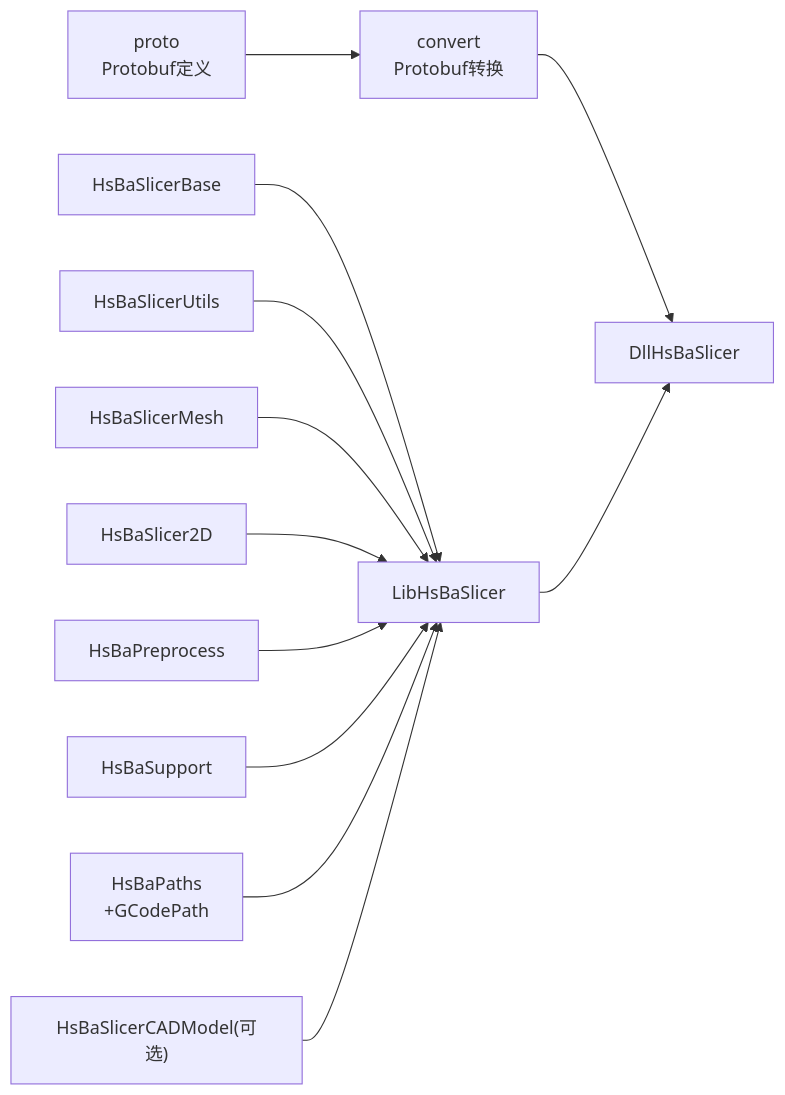
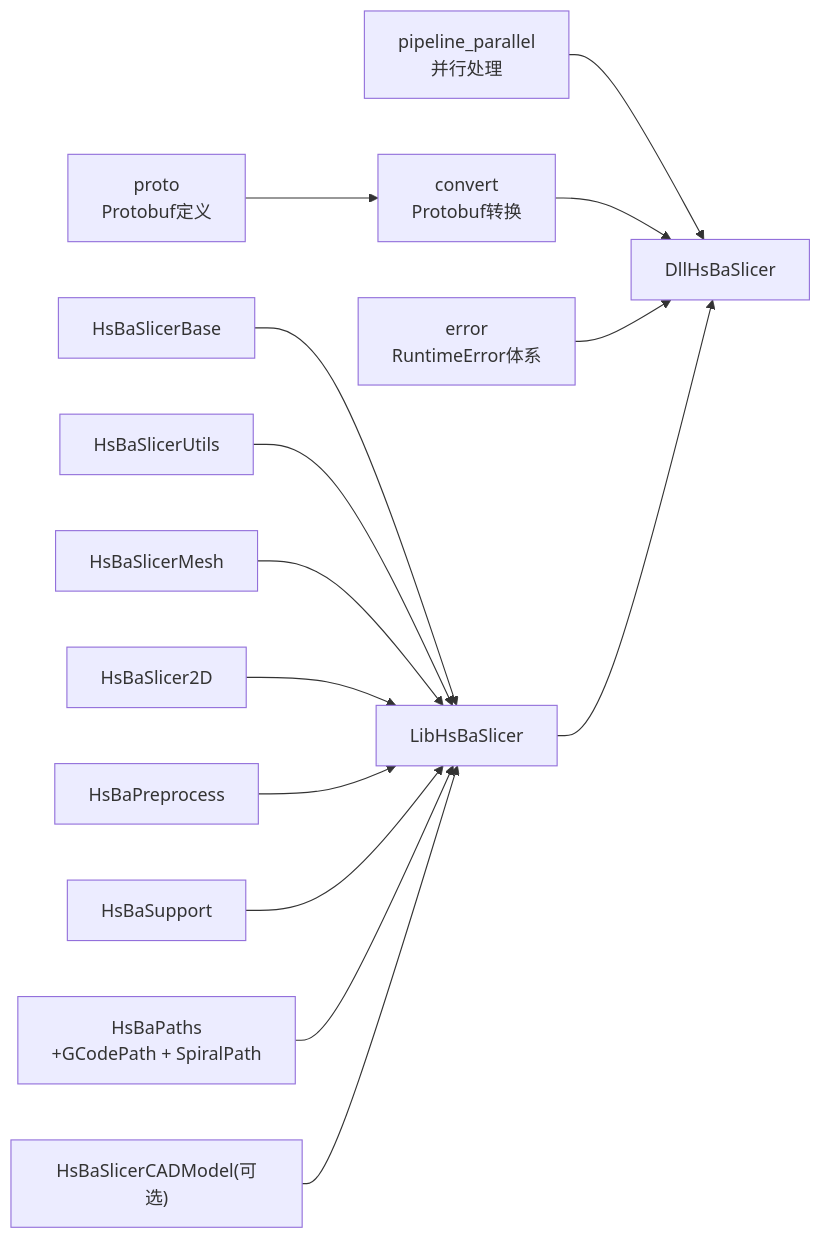
One commit to hsmbanlance/HsBaSlicer changed diagram 15 of 15 in .qoder/repowiki/zh/content/核心模块详解/FDM打印流水线.md. Above: the diagram before and after it, drawn with Mermaid. The commit also changed other lines of this file and 20 other files, not shown here.

````diff
--- a/.qoder/repowiki/zh/content/核心模块详解/FDM打印流水线.md
+++ b/.qoder/repowiki/zh/content/核心模块详解/FDM打印流水线.md
@@ -579,14 +834,16 @@
 ```mermaid
 graph LR
 Base["HsBaSlicerBase"] --> Lib["LibHsBaSlicer"]
 Utils["HsBaSlicerUtils"] --> Lib
 Mesh["HsBaSlicerMesh"] --> Lib
 TwoD["HsBaSlicer2D"] --> Lib
 Pre["HsBaPreprocess"] --> Lib
 Sup["HsBaSupport"] --> Lib
-Paths["HsBaPaths<br/>+GCodePath"] --> Lib
+Paths["HsBaPaths<br/>+GCodePath + SpiralPath"] --> Lib
 CAD["HsBaSlicerCADModel(可选)"] --> Lib
-Convert["convert<br/>Protobuf转换"] --> Dll["DllHsBaSlicer"]
+Parallel["pipeline_parallel<br/>并行处理"] --> Dll["DllHsBaSlicer"]
+Convert["convert<br/>Protobuf转换"] --> Dll
 Proto["proto<br/>Protobuf定义"] --> Convert
+Error["error<br/>RuntimeError体系"] --> Dll
 Lib --> Dll
 ```
````
